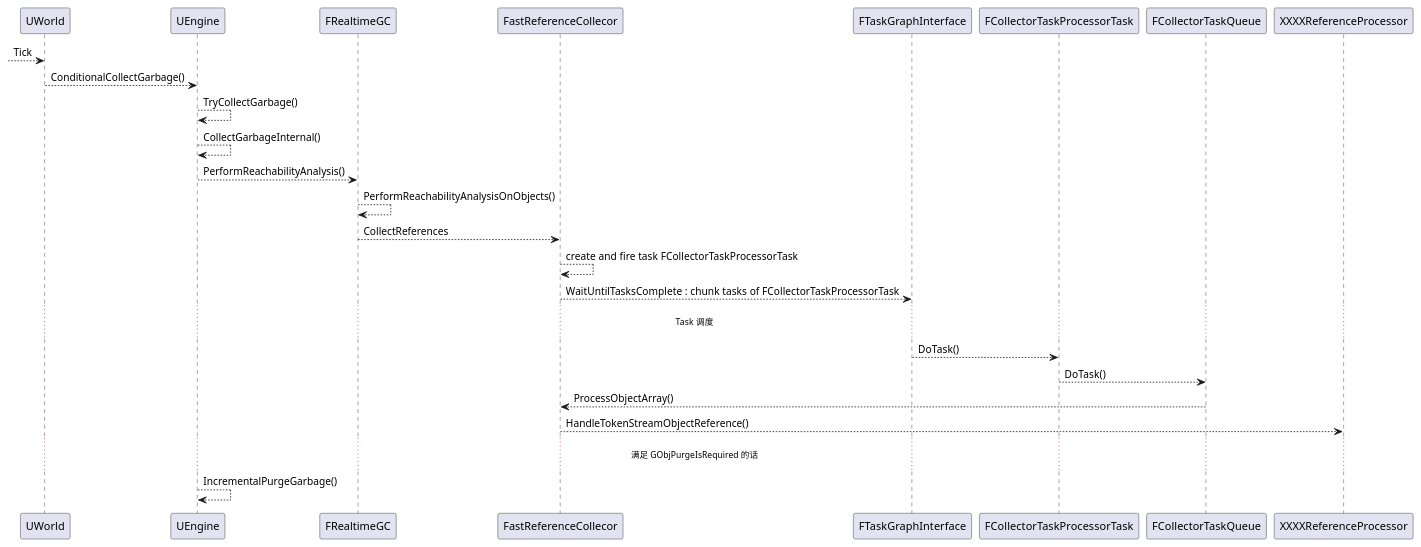
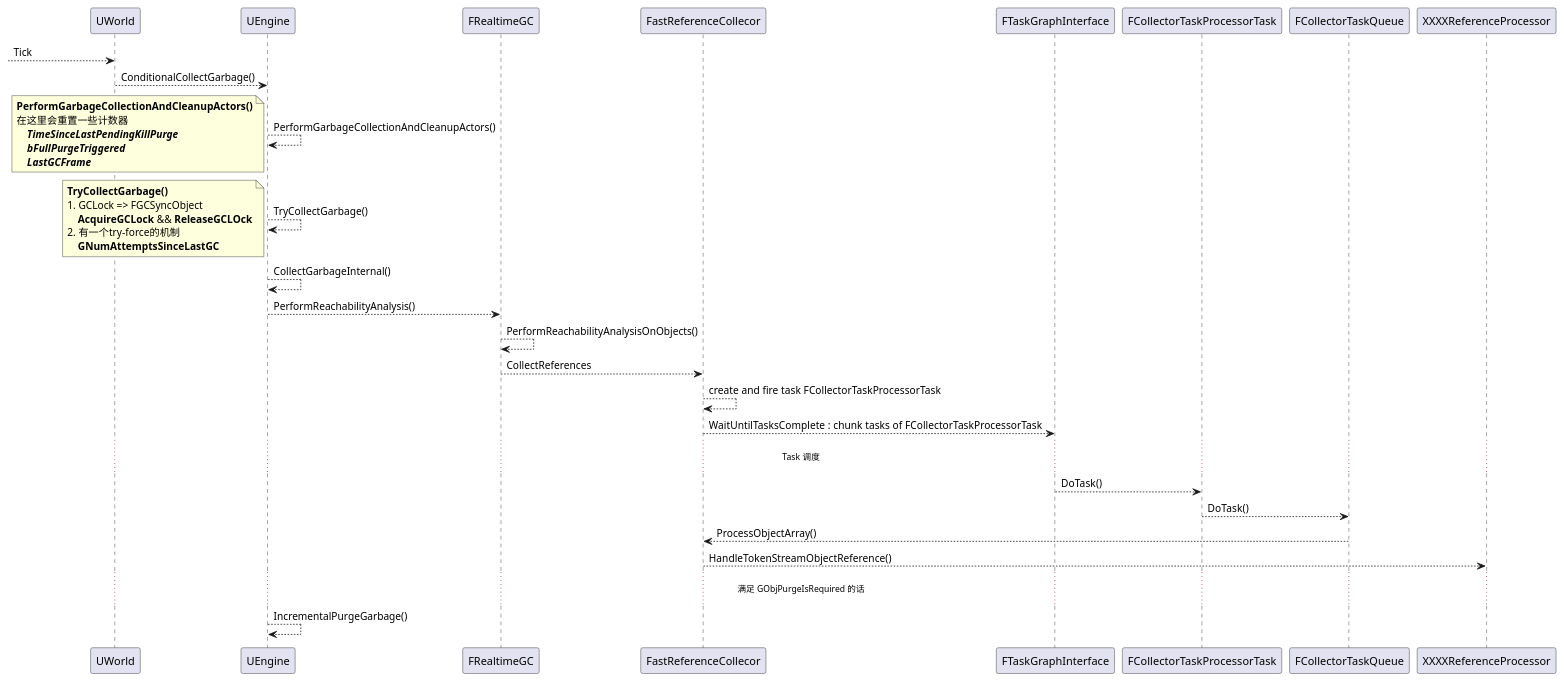
One commit to DingSongYun/DSY- changed the second of 3 diagrams in UE4学习/GC.wsd. Above: the diagram before and after it, drawn with PlantUML.

Commit message:
GC 补充

```diff
--- a/UE4学习/GC.wsd
+++ b/UE4学习/GC.wsd
@@ -44,18 +44,33 @@
 @startuml
 --> UWorld : Tick
 UWorld --> UEngine : ConditionalCollectGarbage()
+UEngine --> UEngine : PerformGarbageCollectionAndCleanupActors()
+note left
+<b>PerformGarbageCollectionAndCleanupActors()</b>
+在这里会重置一些计数器
+    <b><i>TimeSinceLastPendingKillPurge</i></b>
+    <b><i>bFullPurgeTriggered</i></b>
+    <b><i>LastGCFrame</i></b>
+end note
 UEngine --> UEngine : TryCollectGarbage()
+note left
+<b>TryCollectGarbage()</b>
+1. GCLock => FGCSyncObject
+    <b>AcquireGCLock</b> && <b>ReleaseGCLOck</b>
+2. 有一个try-force的机制
+    <b>GNumAttemptsSinceLastGC</b>
+end note
 UEngine --> UEngine : CollectGarbageInternal()
 UEngine --> FRealtimeGC : PerformReachabilityAnalysis()
 FRealtimeGC --> FRealtimeGC : PerformReachabilityAnalysisOnObjects()
 FRealtimeGC --> FastReferenceCollecor : CollectReferences
 FastReferenceCollecor --> FastReferenceCollecor : create and fire task FCollectorTaskProcessorTask
 FastReferenceCollecor --> FTaskGraphInterface : WaitUntilTasksComplete : chunk tasks of FCollectorTaskProcessorTask
 ... Task 调度 ...
 FTaskGraphInterface --> FCollectorTaskProcessorTask : DoTask()
 FCollectorTaskProcessorTask --> FCollectorTaskQueue : DoTask()
 FCollectorTaskQueue --> FastReferenceCollecor : ProcessObjectArray()
 FastReferenceCollecor --> XXXXReferenceProcessor : HandleTokenStreamObjectReference()
 ... 满足 GObjPurgeIsRequired 的话 ...
 UEngine --> UEngine : IncrementalPurgeGarbage()
 @enduml
```
